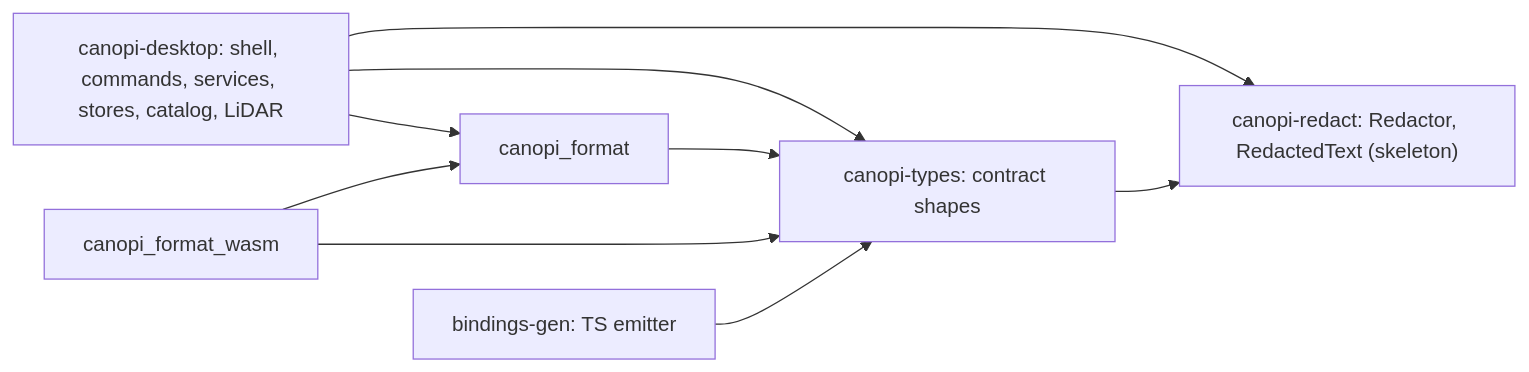
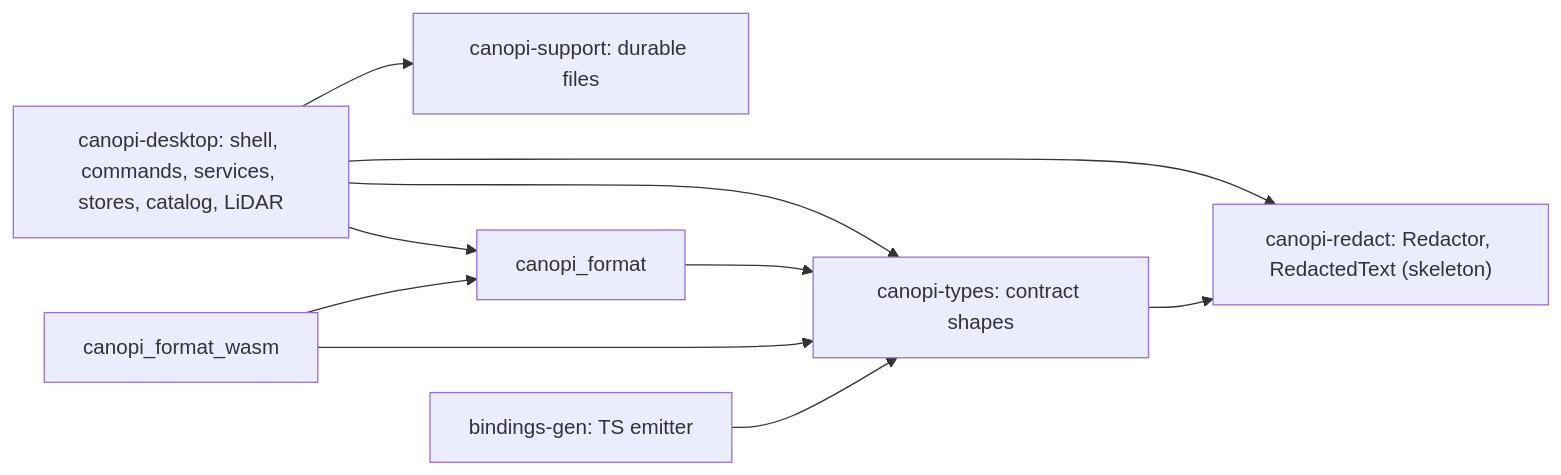
The sixth of 8 diagrams in docs/architecture/components.md (opencanopi/canopi), drawn with Mermaid before and after one commit. The commit also changed other lines of this file and 47 other files, not shown here.

````diff
--- a/docs/architecture/components.md
+++ b/docs/architecture/components.md
@@ -247,16 +247,18 @@
 ```mermaid
 flowchart LR
   canopi_desktop["canopi-desktop: shell, commands, services, stores, catalog, LiDAR"]
   canopi_types["canopi-types: contract shapes"]
   canopi_redact["canopi-redact: Redactor, RedactedText (skeleton)"]
+  canopi_support["canopi-support: durable files"]
   canopi_format
   bindings_gen["bindings-gen: TS emitter"]
   canopi_desktop --> canopi_types
   canopi_desktop --> canopi_redact
+  canopi_desktop --> canopi_support
   canopi_desktop --> canopi_format
   canopi_format --> canopi_types
   canopi_types --> canopi_redact
   canopi_format_wasm --> canopi_types
   canopi_format_wasm --> canopi_format
   bindings_gen --> canopi_types
 ```
````
